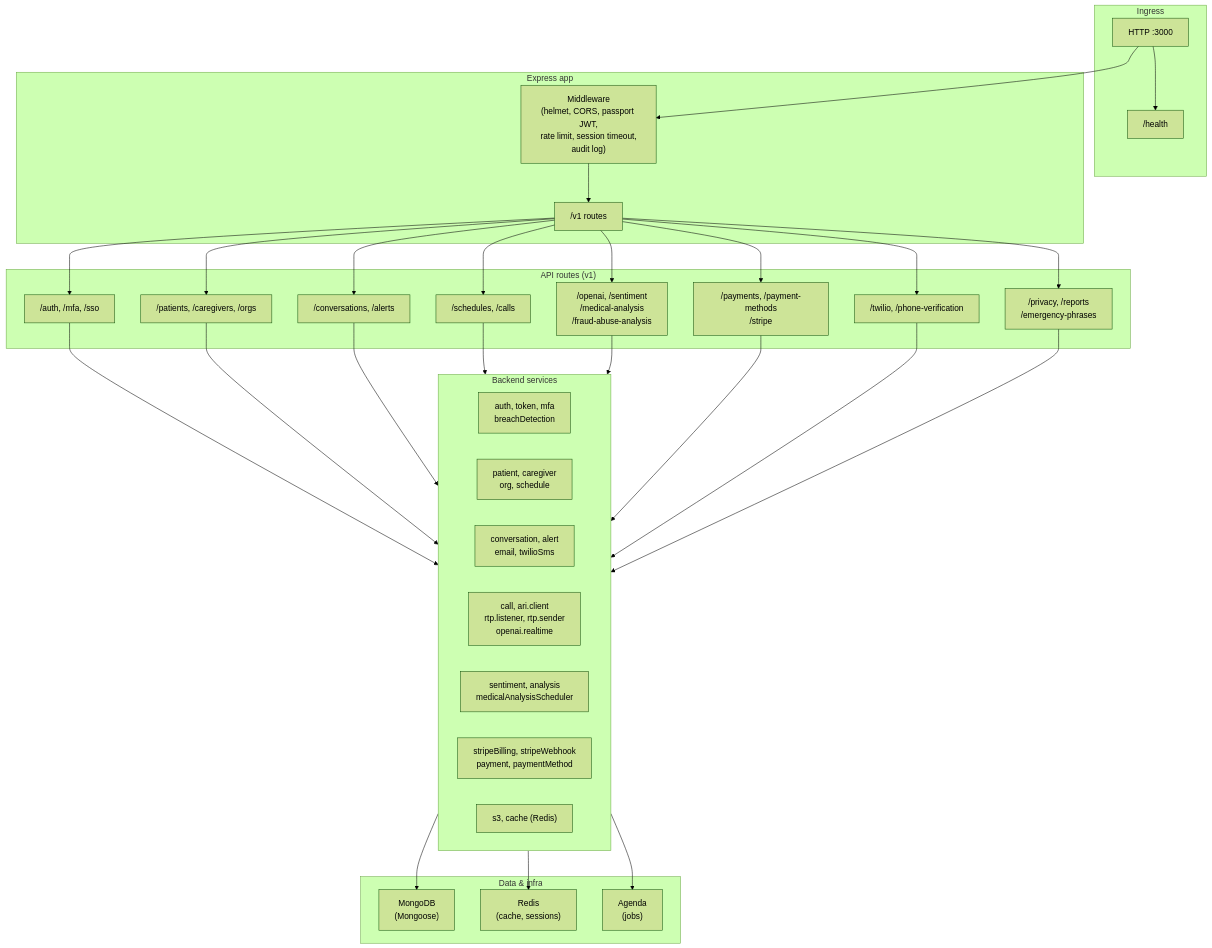
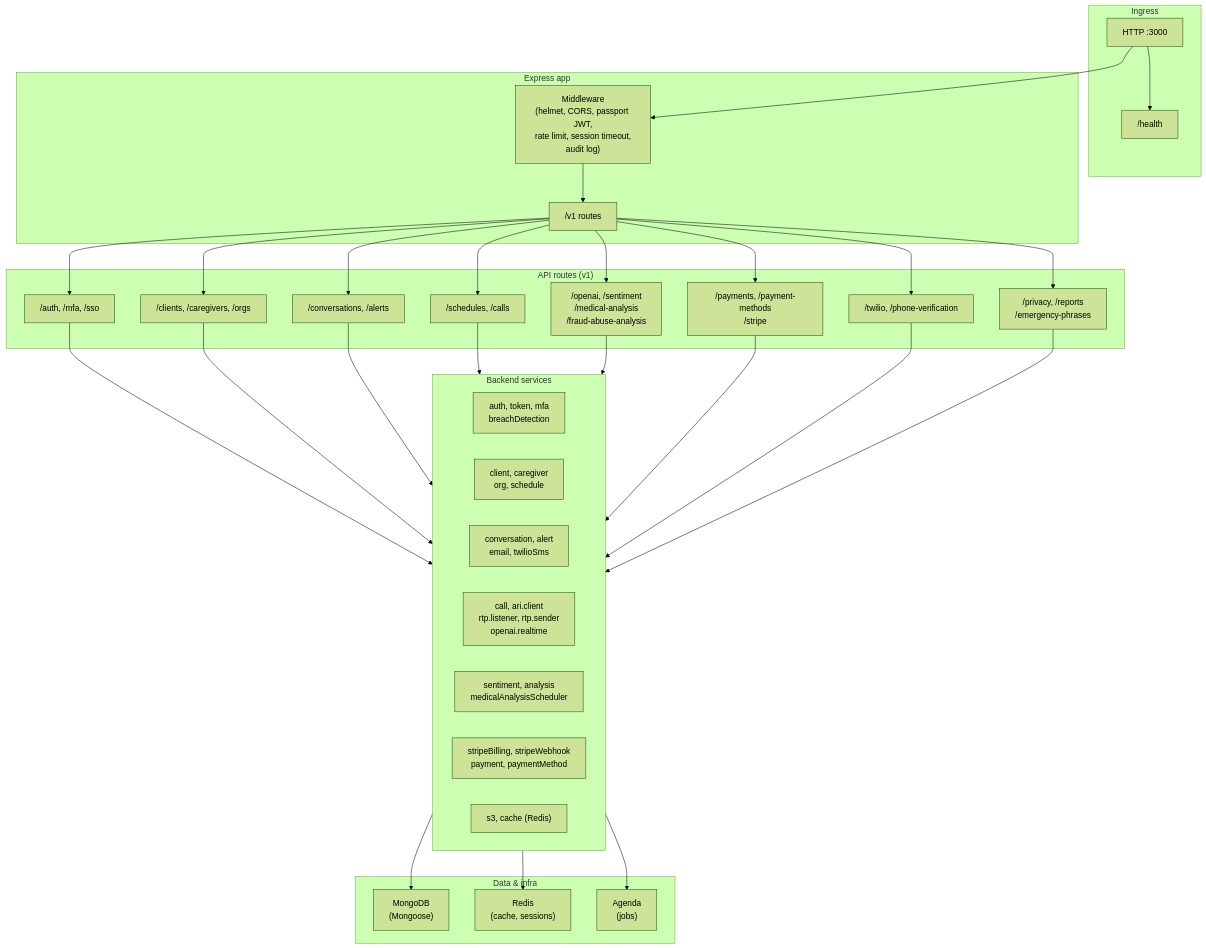
The fourth of 6 diagrams in docs/ARCHITECTURE.md (slampenny/bianca-app), drawn with Mermaid (forest theme) before and after one commit. The commit also changed other lines of this file and 315 other files, not shown here.

Commit message:
patient to clients

````diff
--- a/docs/ARCHITECTURE.md
+++ b/docs/ARCHITECTURE.md
@@ -87,48 +87,48 @@
 ```mermaid
 flowchart TB
   subgraph ingress["Ingress"]
     HTTP["HTTP :3000"]
     Health["/health"]
   end
 
   subgraph express["Express app"]
     Middle["Middleware\n(helmet, CORS, passport JWT,\nrate limit, session timeout,\naudit log)"]
     Routes["/v1 routes"]
   end
 
   subgraph routes["API routes (v1)"]
     R1["/auth, /mfa, /sso"]
-    R2["/patients, /caregivers, /orgs"]
+    R2["/clients, /caregivers, /orgs"]
     R3["/conversations, /alerts"]
     R4["/schedules, /calls"]
     R5["/openai, /sentiment\n/medical-analysis\n/fraud-abuse-analysis"]
     R6["/payments, /payment-methods\n/stripe"]
     R7["/twilio, /phone-verification"]
     R8["/privacy, /reports\n/emergency-phrases"]
   end
 
   subgraph services["Backend services"]
     Auth["auth, token, mfa\nbreachDetection"]
-    Core["patient, caregiver\norg, schedule"]
+    Core["client, caregiver\norg, schedule"]
     Comms["conversation, alert\nemail, twilioSms"]
     Voice["call, ari.client\nrtp.listener, rtp.sender\nopenai.realtime"]
     AI["sentiment, analysis\nmedicalAnalysisScheduler"]
     Billing["stripeBilling, stripeWebhook\npayment, paymentMethod"]
     Data["s3, cache (Redis)"]
   end
 
   subgraph data["Data & infra"]
     Mongo["MongoDB\n(Mongoose)"]
     Redis["Redis\n(cache, sessions)"]
     Agenda["Agenda\n(jobs)"]
   end
 
   HTTP --> Health
   HTTP --> Middle
   Middle --> Routes
   Routes --> R1 & R2 & R3 & R4 & R5 & R6 & R7 & R8
   R1 & R2 & R3 & R4 & R5 & R6 & R7 & R8 --> services
   services --> Mongo
   services --> Redis
   services --> Agenda
 ```
````
